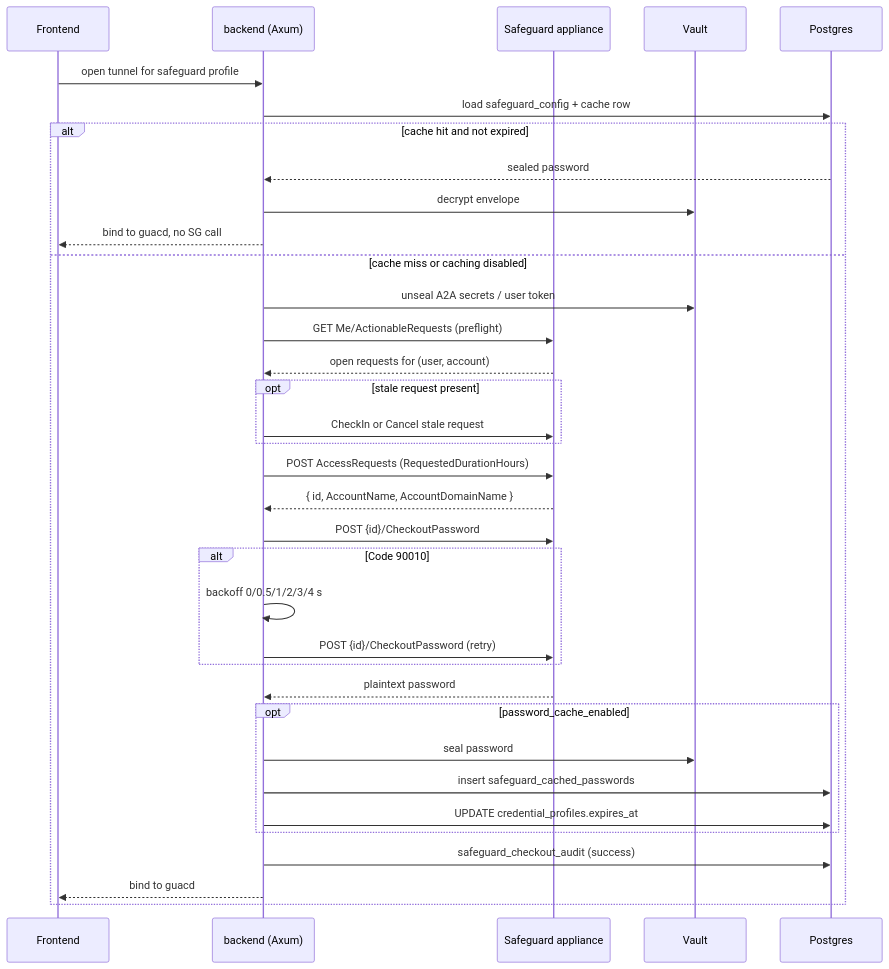
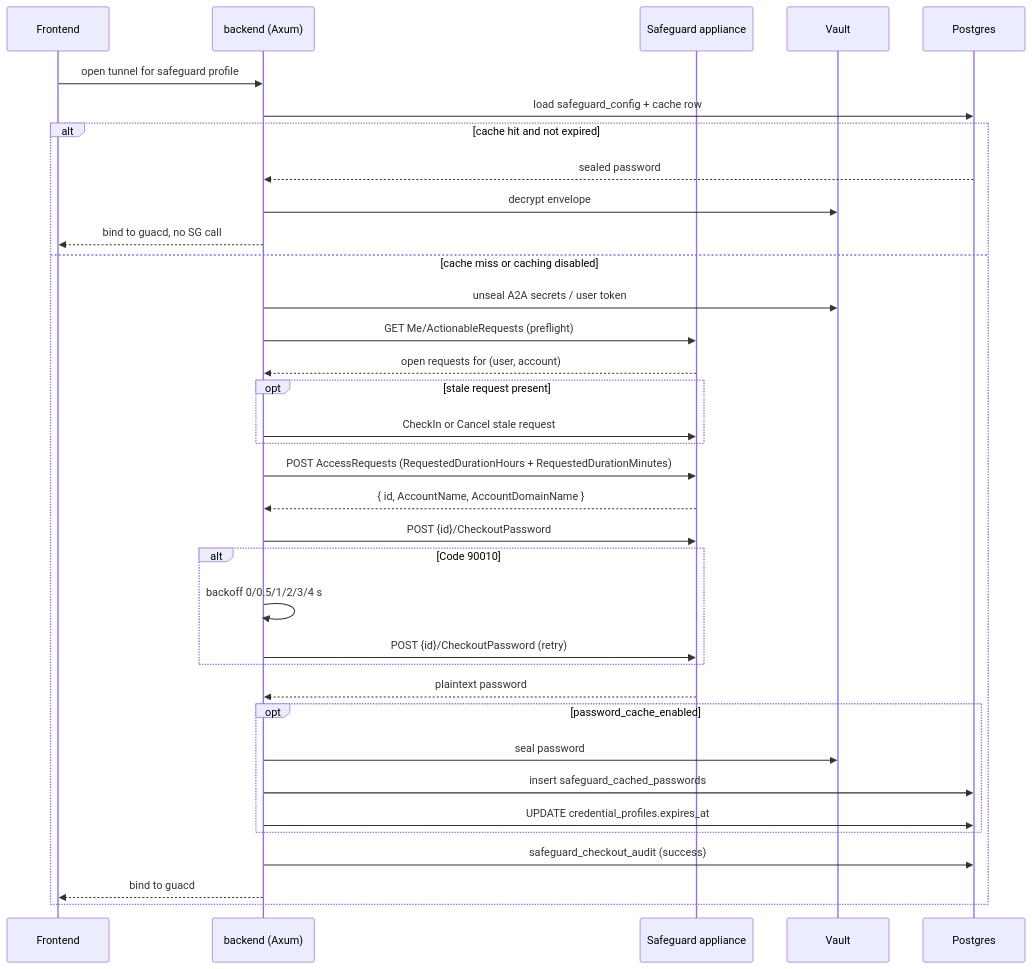
One commit to Bails309/strata-client changed the sixth of 9 diagrams in docs/architecture.md. Above: the diagram before and after it, drawn with Mermaid. The commit also changed 15 other files, not shown here.

First line of the commit message:
fix(safeguard): request exact sub-hour checkout duration via RequestedDurationMinutes (v1.14.3) (#371)

````diff
--- a/docs/architecture.md
+++ b/docs/architecture.md
@@ -1096,38 +1096,38 @@
 ```mermaid
 sequenceDiagram
     participant UI as Frontend
     participant BE as backend (Axum)
     participant SG as Safeguard appliance
     participant Vault
     participant DB as Postgres
 
     UI->>BE: open tunnel for safeguard profile
     BE->>DB: load safeguard_config + cache row
     alt cache hit and not expired
         DB-->>BE: sealed password
         BE->>Vault: decrypt envelope
         BE-->>UI: bind to guacd, no SG call
     else cache miss or caching disabled
         BE->>Vault: unseal A2A secrets / user token
         BE->>SG: GET Me/ActionableRequests (preflight)
         SG-->>BE: open requests for (user, account)
         opt stale request present
             BE->>SG: CheckIn or Cancel stale request
         end
-        BE->>SG: POST AccessRequests (RequestedDurationHours)
+        BE->>SG: POST AccessRequests (RequestedDurationHours + RequestedDurationMinutes)
         SG-->>BE: { id, AccountName, AccountDomainName }
         BE->>SG: POST {id}/CheckoutPassword
         alt Code 90010
             BE->>BE: backoff 0/0.5/1/2/3/4 s
             BE->>SG: POST {id}/CheckoutPassword (retry)
         end
         SG-->>BE: plaintext password
         opt password_cache_enabled
             BE->>Vault: seal password
             BE->>DB: insert safeguard_cached_passwords
             BE->>DB: UPDATE credential_profiles.expires_at
         end
         BE->>DB: safeguard_checkout_audit (success)
         BE-->>UI: bind to guacd
     end
 ```
````
